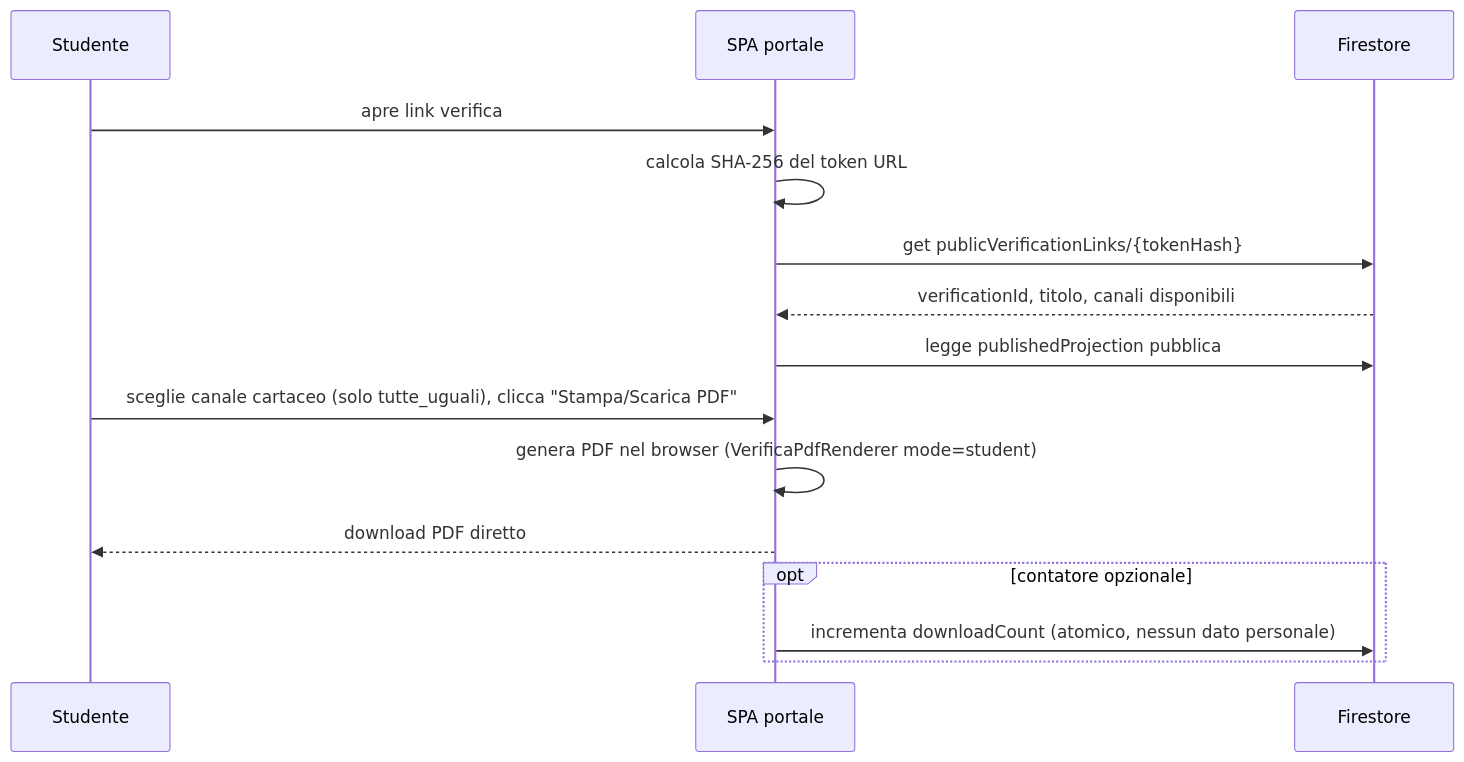
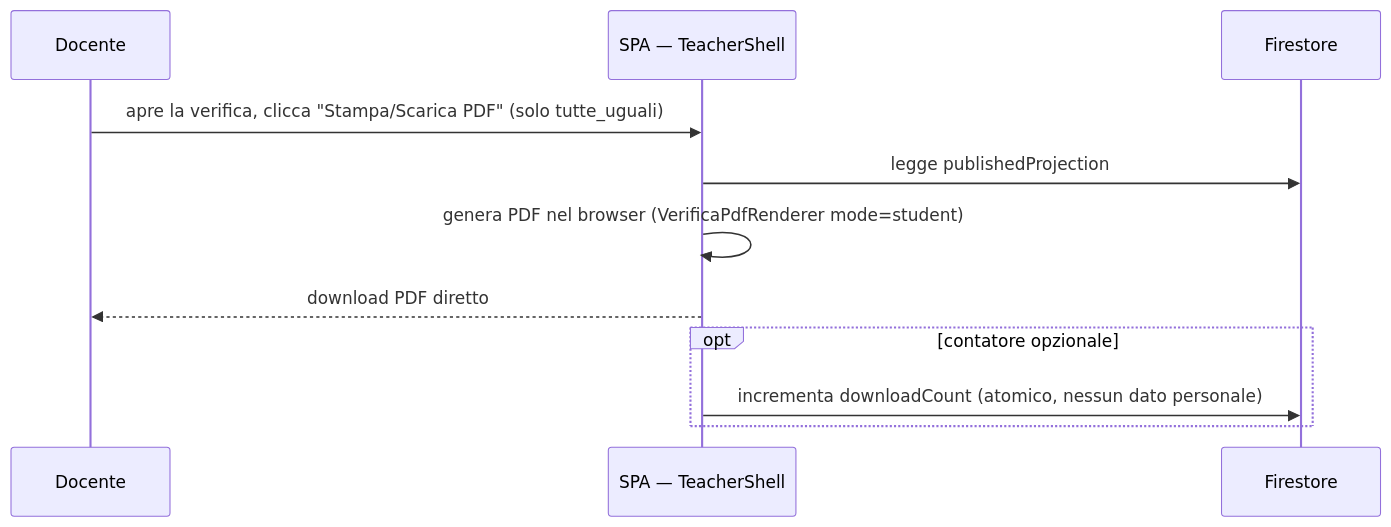
One commit to EnricoPaparo/SchoolForge changed the first of 3 diagrams in documentazione/diagrammi/sequence-pubblicazione-verifica.md. Above: the diagram before and after it, drawn with Mermaid. The commit also changed other lines of this file and 14 other files, not shown here.

First line of the commit message:
docs: formalizzare M3-lite (portale studente Google, read-only)

````diff
--- a/documentazione/diagrammi/sequence-pubblicazione-verifica.md
+++ b/documentazione/diagrammi/sequence-pubblicazione-verifica.md
@@ -5,19 +7,14 @@
 ```mermaid
 sequenceDiagram
-    participant S as Studente
-    participant SPA as SPA portale
+    participant D as Docente
+    participant SPA as SPA — TeacherShell
     participant F as Firestore
 
-    S->>SPA: apre link verifica
-    SPA->>SPA: calcola SHA-256 del token URL
-    SPA->>F: get publicVerificationLinks/{tokenHash}
-    F-->>SPA: verificationId, titolo, canali disponibili
-    SPA->>F: legge publishedProjection pubblica
-
-    S->>SPA: sceglie canale cartaceo (solo tutte_uguali), clicca "Stampa/Scarica PDF"
+    D->>SPA: apre la verifica, clicca "Stampa/Scarica PDF" (solo tutte_uguali)
+    SPA->>F: legge publishedProjection
     SPA->>SPA: genera PDF nel browser (VerificaPdfRenderer mode=student)
-    SPA-->>S: download PDF diretto
+    SPA-->>D: download PDF diretto
     opt contatore opzionale
         SPA->>F: incrementa downloadCount (atomico, nessun dato personale)
     end
 ```
````
